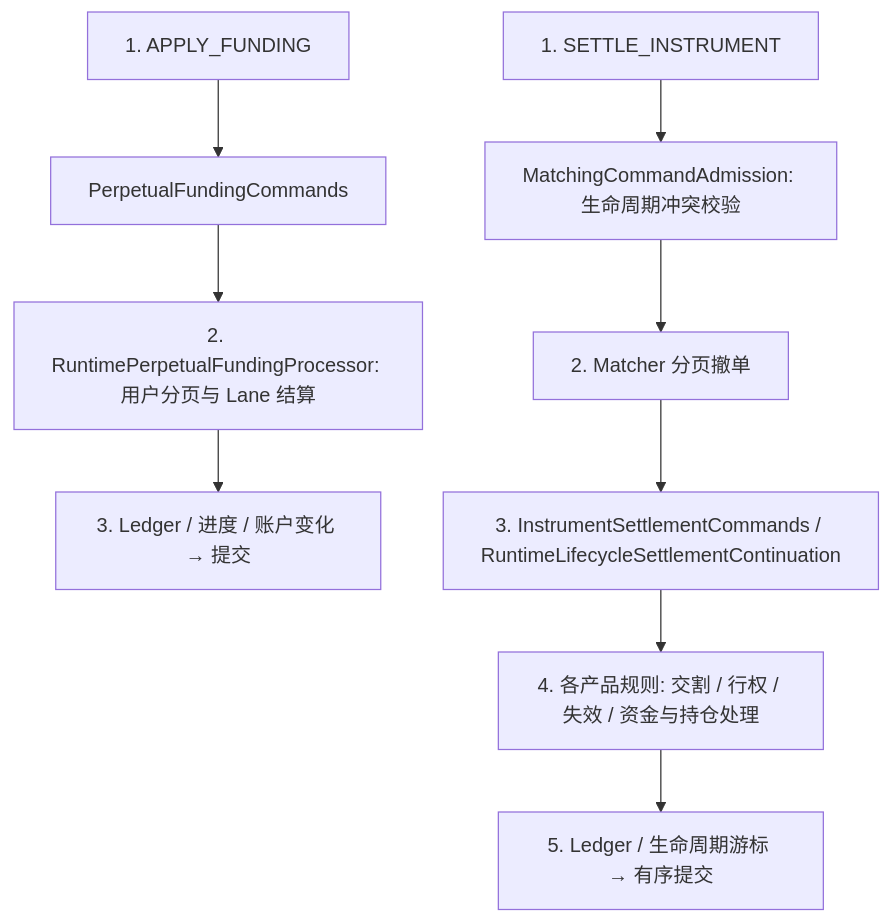
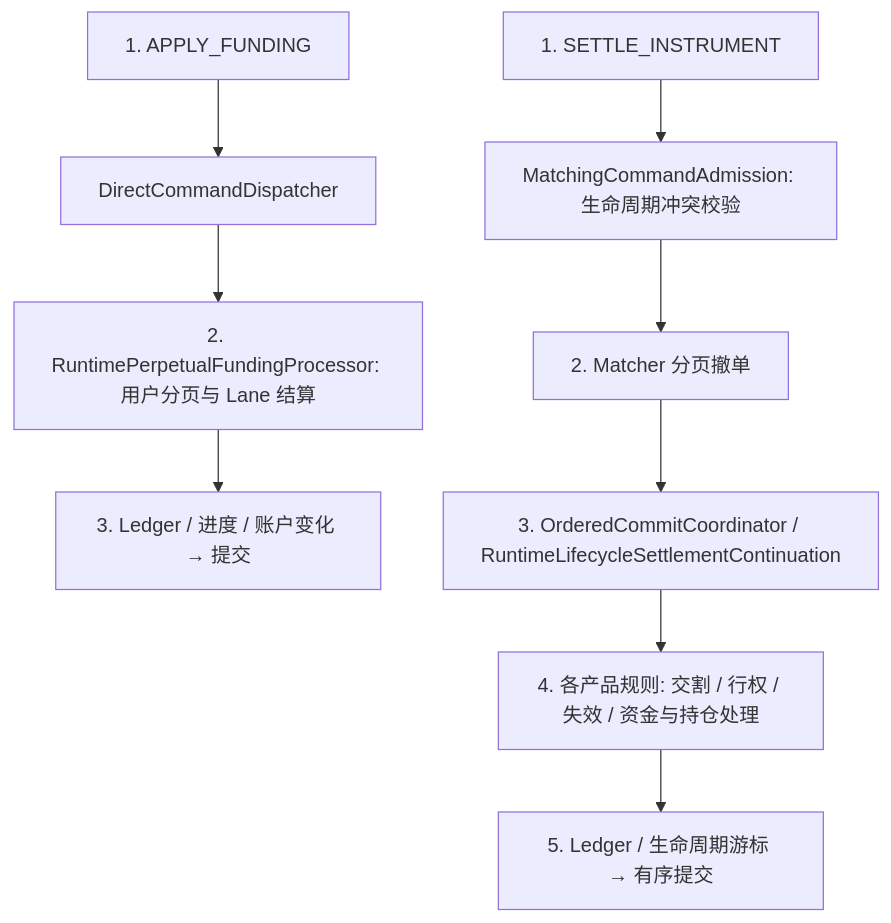
One commit to lilaizhencn/surprising-ex changed the tenth of 12 diagrams in surprising-aeron-core/README.md. Above: the diagram before and after it, drawn with Mermaid. The commit also changed other lines of this file and 151 other files, not shown here.

````diff
--- a/surprising-aeron-core/README.md
+++ b/surprising-aeron-core/README.md
@@ -330,11 +335,11 @@
 ```mermaid
 flowchart TD
-    F[1. APPLY_FUNDING] --> FC[PerpetualFundingCommands]
+    F[1. APPLY_FUNDING] --> FC[DirectCommandDispatcher]
     FC --> FP[2. RuntimePerpetualFundingProcessor: 用户分页与 Lane 结算]
     FP --> FK[3. Ledger / 进度 / 账户变化 → 提交]
     S[1. SETTLE_INSTRUMENT] --> SC[MatchingCommandAdmission: 生命周期冲突校验]
     SC --> SO[2. Matcher 分页撤单]
-    SO --> SP[3. InstrumentSettlementCommands / RuntimeLifecycleSettlementContinuation]
+    SO --> SP[3. OrderedCommitCoordinator / RuntimeLifecycleSettlementContinuation]
     SP --> SR[4. 各产品规则: 交割 / 行权 / 失效 / 资金与持仓处理]
     SR --> SK[5. Ledger / 生命周期游标 → 有序提交]
 ```
````
